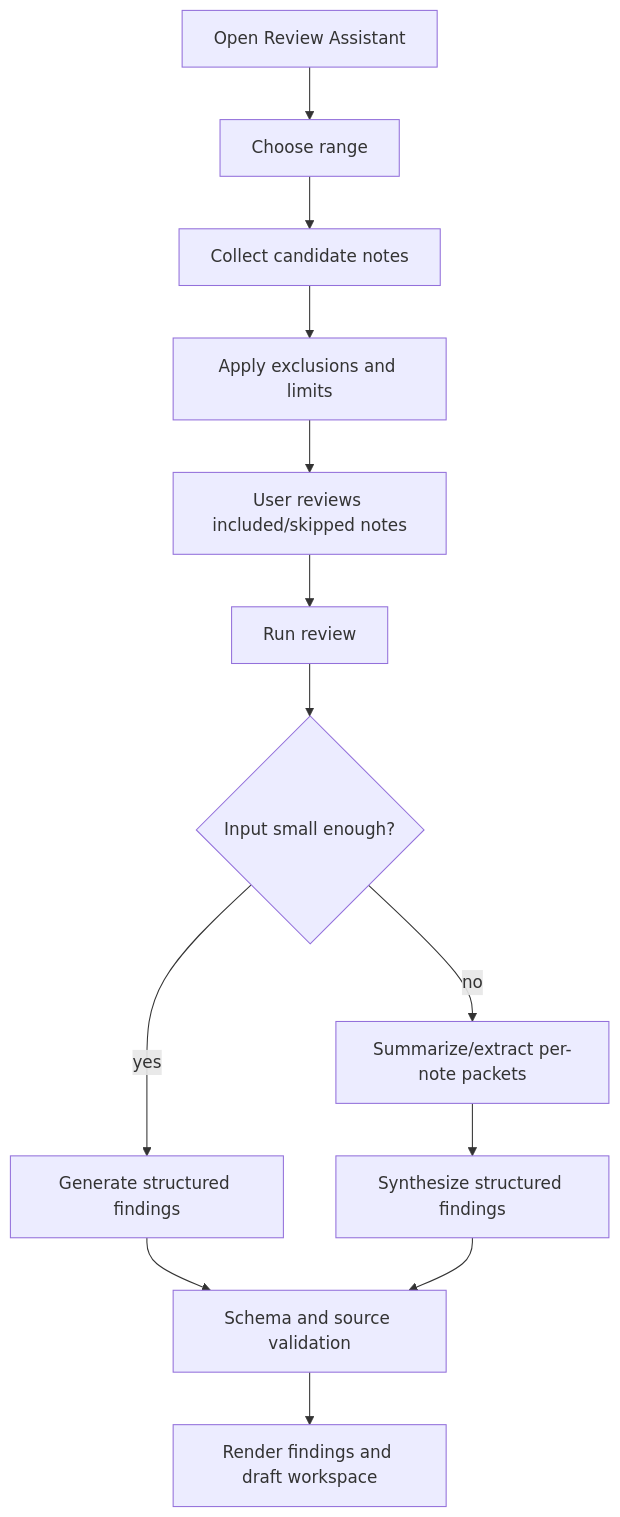
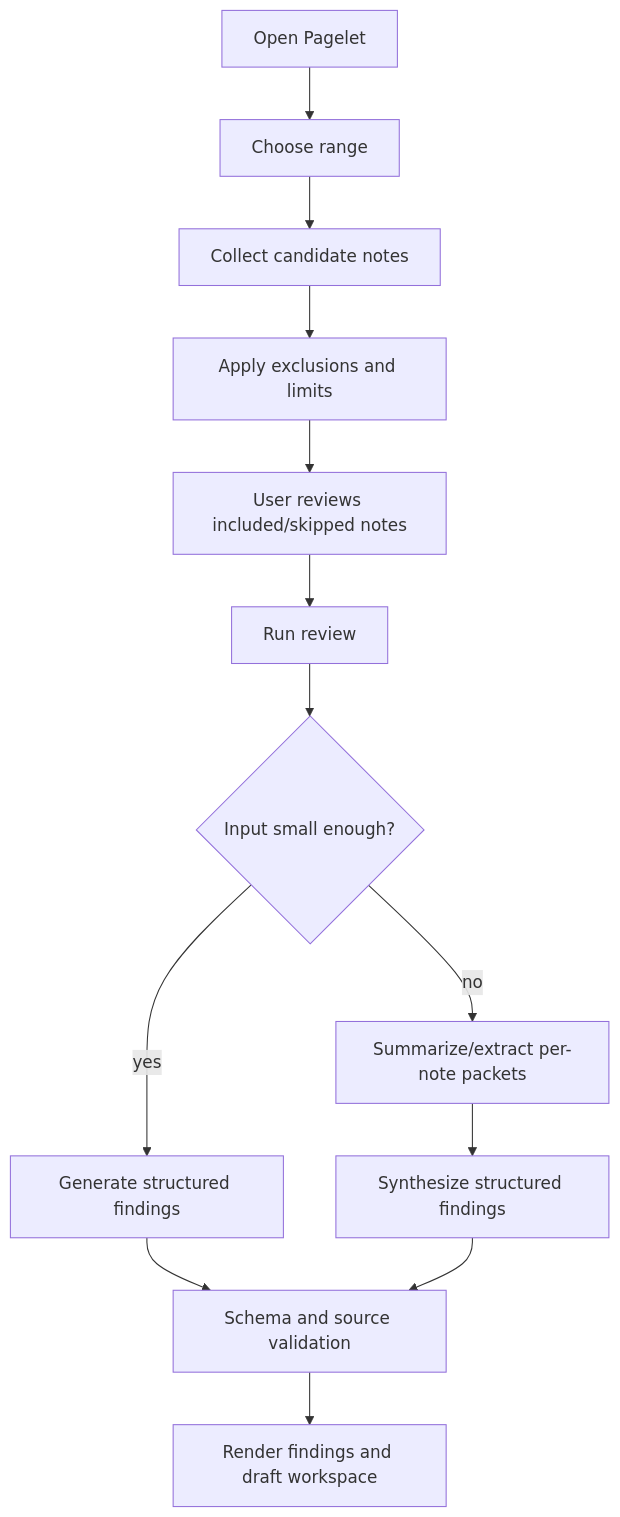
One commit to edonyzpc/personal-assistant changed the second of 2 diagrams in docs/review-assistant-product-design.md. Above: the diagram before and after it, drawn with Mermaid. The commit also changed other lines of this file and 6 other files, not shown here.

````diff
--- a/docs/review-assistant-product-design.md
+++ b/docs/review-assistant-product-design.md
@@ -560,20 +517,20 @@
 ```mermaid
 flowchart TD
-  Open["Open Review Assistant"]
+  Open["Open Pagelet"]
   Range["Choose range"]
   Candidates["Collect candidate notes"]
   Rules["Apply exclusions and limits"]
   Adjust["User reviews included/skipped notes"]
   Run["Run review"]
   Size{"Input small enough?"}
   OneShot["Generate structured findings"]
   Summaries["Summarize/extract per-note packets"]
   Synthesize["Synthesize structured findings"]
   Validate["Schema and source validation"]
   Results["Render findings and draft workspace"]
 
   Open --> Range --> Candidates --> Rules --> Adjust --> Run --> Size
   Size -- yes --> OneShot --> Validate
   Size -- no --> Summaries --> Synthesize --> Validate
   Validate --> Results
 ```
````
